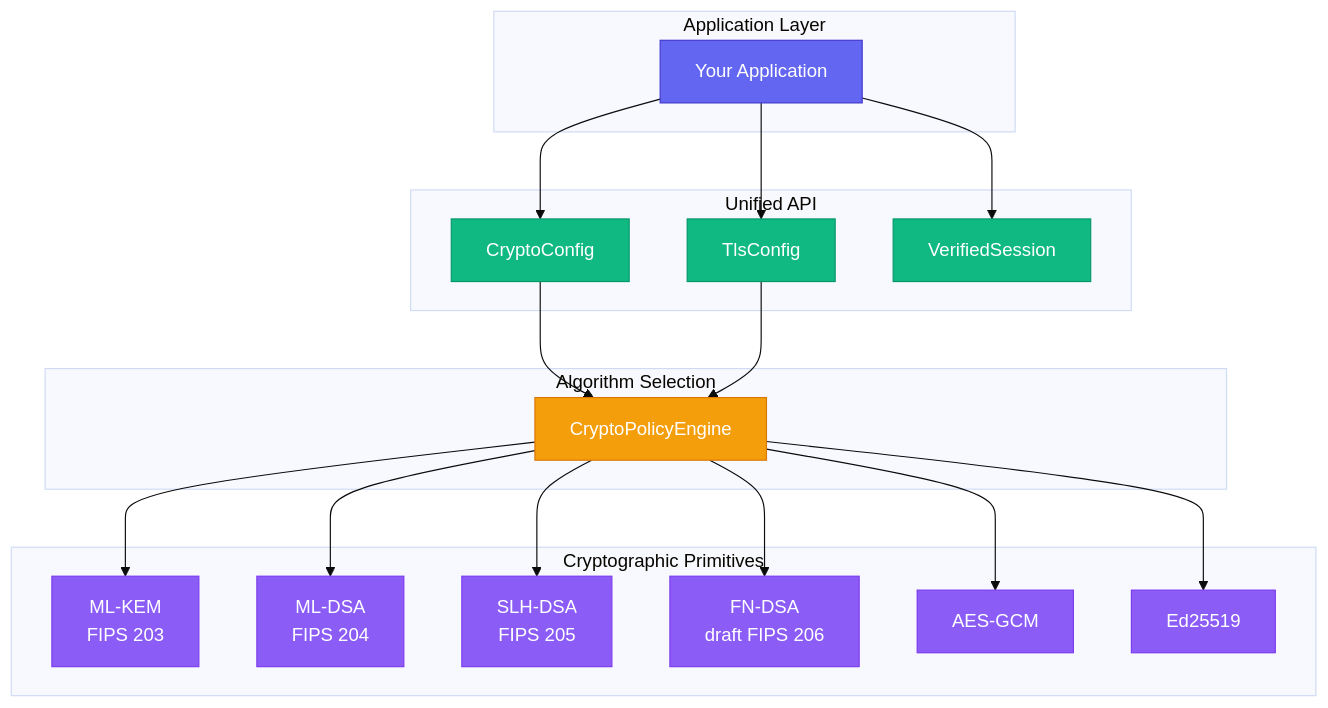
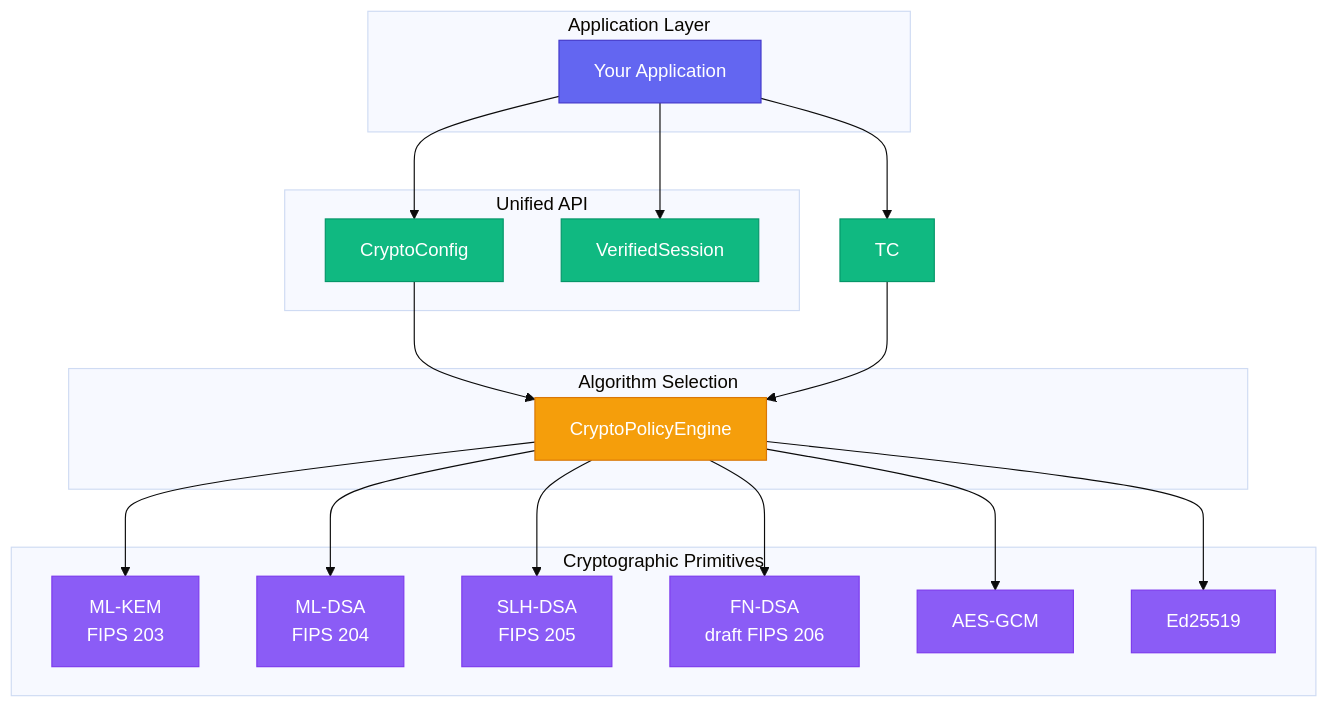
One commit to LatticeArc/latticearc changed the second of 7 diagrams in docs/UNIFIED_API_GUIDE.md. Above: the diagram before and after it, drawn with Mermaid (base theme). The commit also changed other lines of this file and 18 other files, not shown here.

````diff
--- a/docs/UNIFIED_API_GUIDE.md
+++ b/docs/UNIFIED_API_GUIDE.md
@@ -71,47 +70,46 @@
 ```mermaid
 graph TB
     subgraph "Application Layer"
         APP[Your Application]
     end
 
     subgraph "Unified API"
         CC[CryptoConfig]
-        TC[TlsConfig]
         VS[VerifiedSession]
     end
 
     subgraph "Algorithm Selection"
         SEL[CryptoPolicyEngine]
     end
 
     subgraph "Cryptographic Primitives"
         KEM[ML-KEM<br/>FIPS 203]
         DSA[ML-DSA<br/>FIPS 204]
         SLH[SLH-DSA<br/>FIPS 205]
         FN[FN-DSA<br/>draft FIPS 206]
         AES[AES-GCM]
         ED[Ed25519]
     end
 
     APP --> CC
     APP --> TC
     APP --> VS
     CC --> SEL
     TC --> SEL
     SEL --> KEM
     SEL --> DSA
     SEL --> SLH
     SEL --> FN
     SEL --> AES
     SEL --> ED
 
     classDef app fill:#6366f1,stroke:#4338ca,color:#fff
     classDef api fill:#10b981,stroke:#059669,color:#fff
     classDef engine fill:#f59e0b,stroke:#d97706,color:#fff
     classDef prim fill:#8b5cf6,stroke:#7c3aed,color:#fff
 
     class APP app
     class CC,TC,VS api
     class SEL engine
     class KEM,DSA,SLH,FN,AES,ED prim
 ```
````
